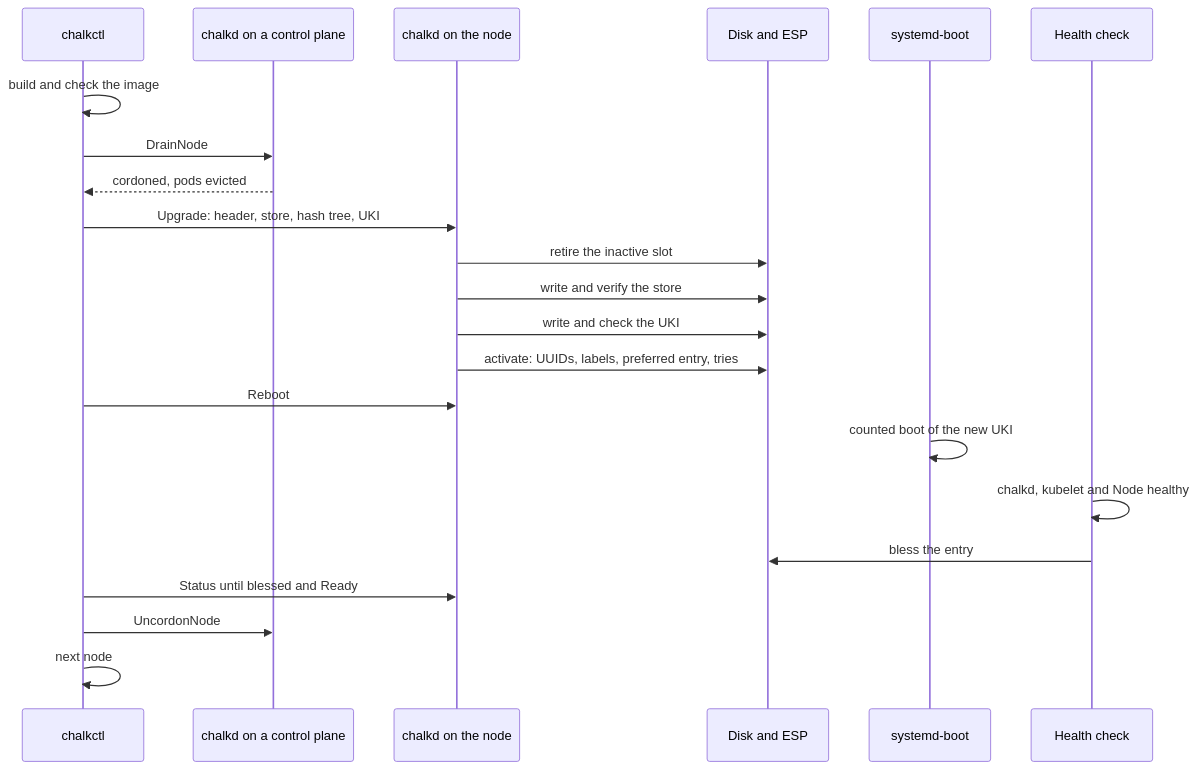
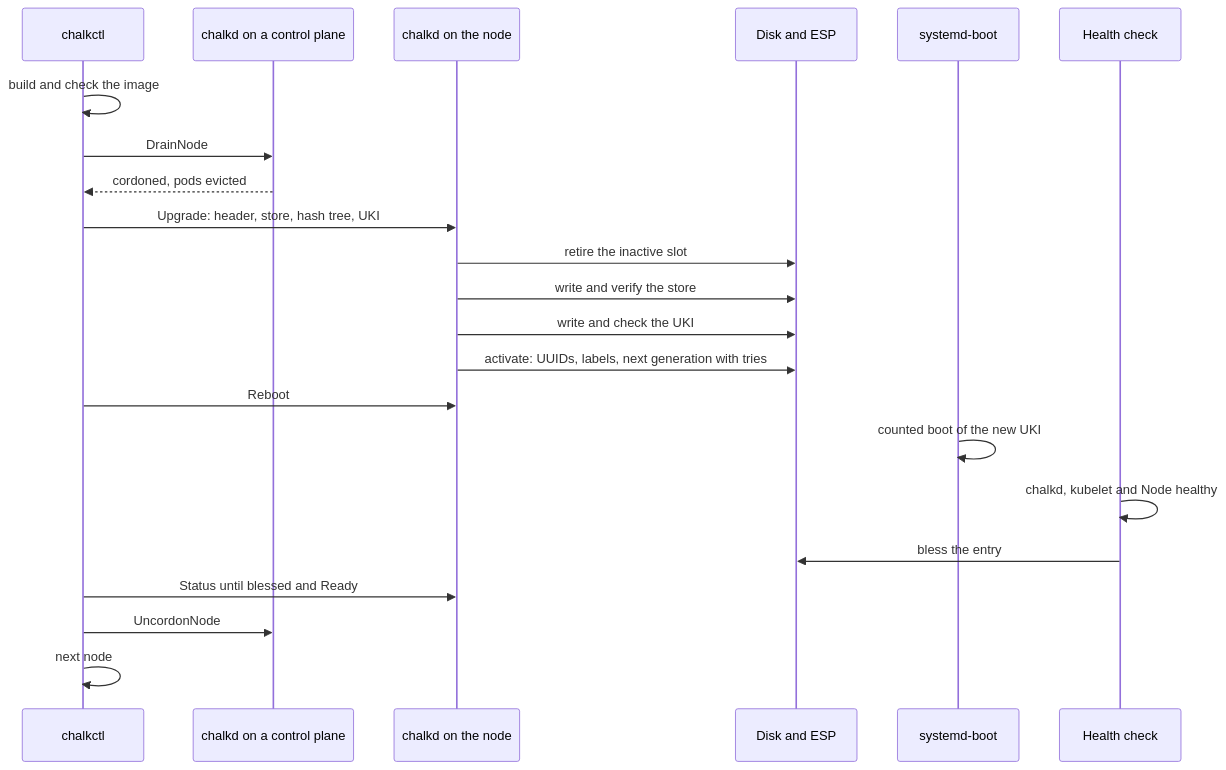
The diagram in docs/concepts/upgrades.md (trevex/chalkos), drawn with Mermaid before and after one commit. The commit also changed other lines of this file and 20 other files, not shown here.

````diff
--- a/docs/concepts/upgrades.md
+++ b/docs/concepts/upgrades.md
@@ -166,24 +176,24 @@
 ```mermaid
 sequenceDiagram
     participant chalkctl
     participant cp as chalkd on a control plane
     participant node as chalkd on the node
     participant disk as Disk and ESP
     participant boot as systemd-boot
     participant health as Health check
     chalkctl->>chalkctl: build and check the image
     chalkctl->>cp: DrainNode
     cp-->>chalkctl: cordoned, pods evicted
     chalkctl->>node: Upgrade: header, store, hash tree, UKI
     node->>disk: retire the inactive slot
     node->>disk: write and verify the store
     node->>disk: write and check the UKI
-    node->>disk: activate: UUIDs, labels, preferred entry, tries
+    node->>disk: activate: UUIDs, labels, next generation with tries
     chalkctl->>node: Reboot
     boot->>boot: counted boot of the new UKI
     health->>health: chalkd, kubelet and Node healthy
     health->>disk: bless the entry
     chalkctl->>node: Status until blessed and Ready
     chalkctl->>cp: UncordonNode
     chalkctl->>chalkctl: next node
 ```
````
